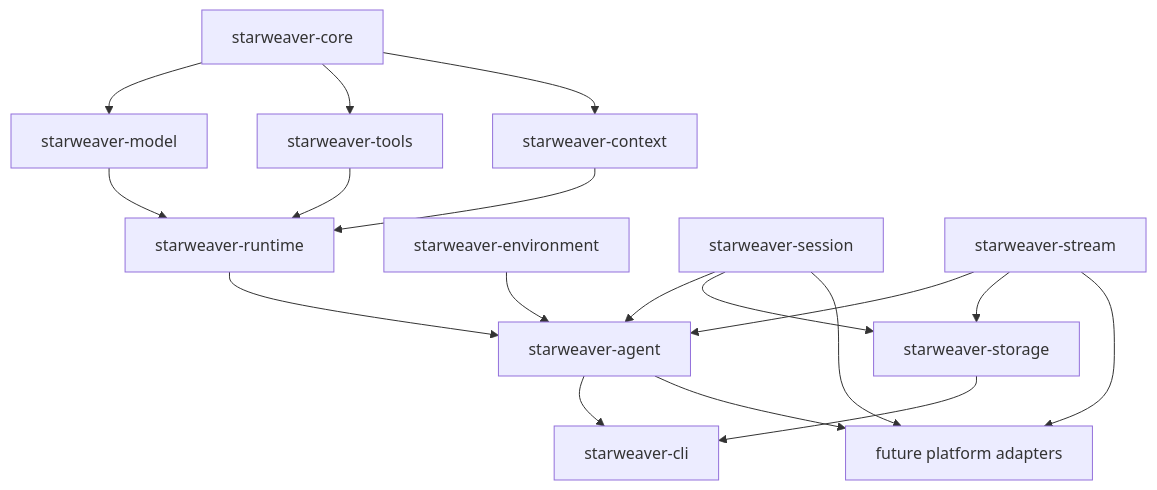
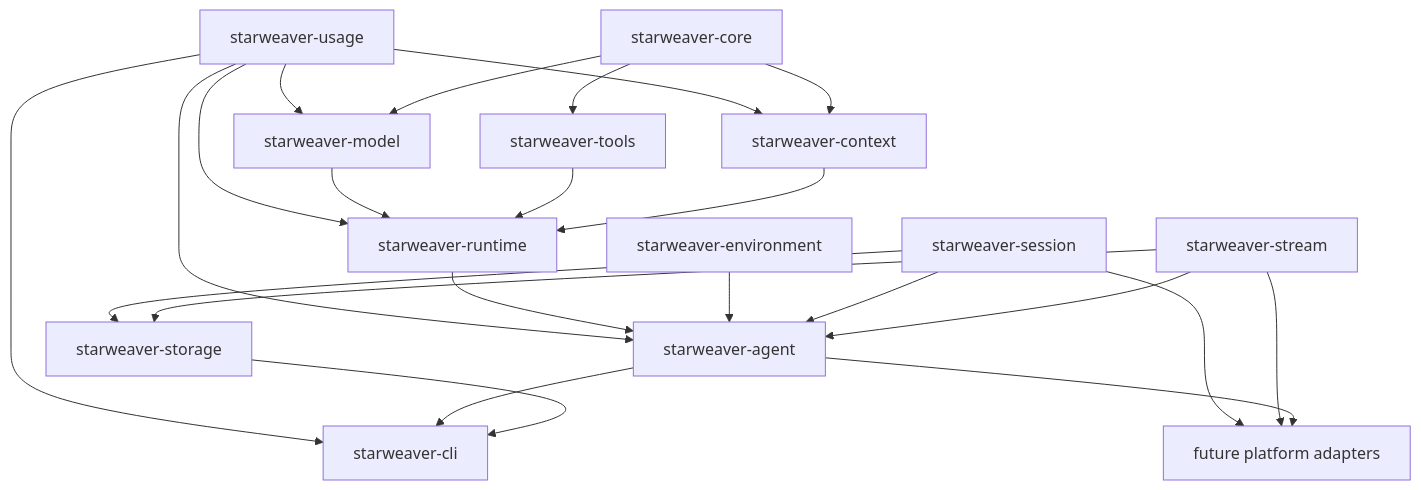
One commit to Wh1isper/starweaver changed the diagram in spec/README.md. Above: the diagram before and after it, drawn with Mermaid. The commit also changed other lines of this file and 109 other files, not shown here.

````diff
--- a/spec/README.md
+++ b/spec/README.md
@@ -40,33 +41,39 @@
 ```mermaid
 flowchart TD
     core[starweaver-core]
+    usage[starweaver-usage]
     model[starweaver-model]
     tools[starweaver-tools]
     context[starweaver-context]
     runtime[starweaver-runtime]
     agent[starweaver-agent]
     env[starweaver-environment]
     session[starweaver-session]
     stream[starweaver-stream]
     storage[starweaver-storage]
     cli[starweaver-cli]
     platform[future platform adapters]
 
+    usage --> model
+    usage --> context
+    usage --> runtime
+    usage --> agent
+    usage --> cli
     core --> model
     core --> tools
     core --> context
     model --> runtime
     tools --> runtime
     context --> runtime
     runtime --> agent
     env --> agent
     session --> agent
     stream --> agent
     session --> storage
     stream --> storage
     agent --> cli
     storage --> cli
     session --> platform
     stream --> platform
     agent --> platform
 ```
````
